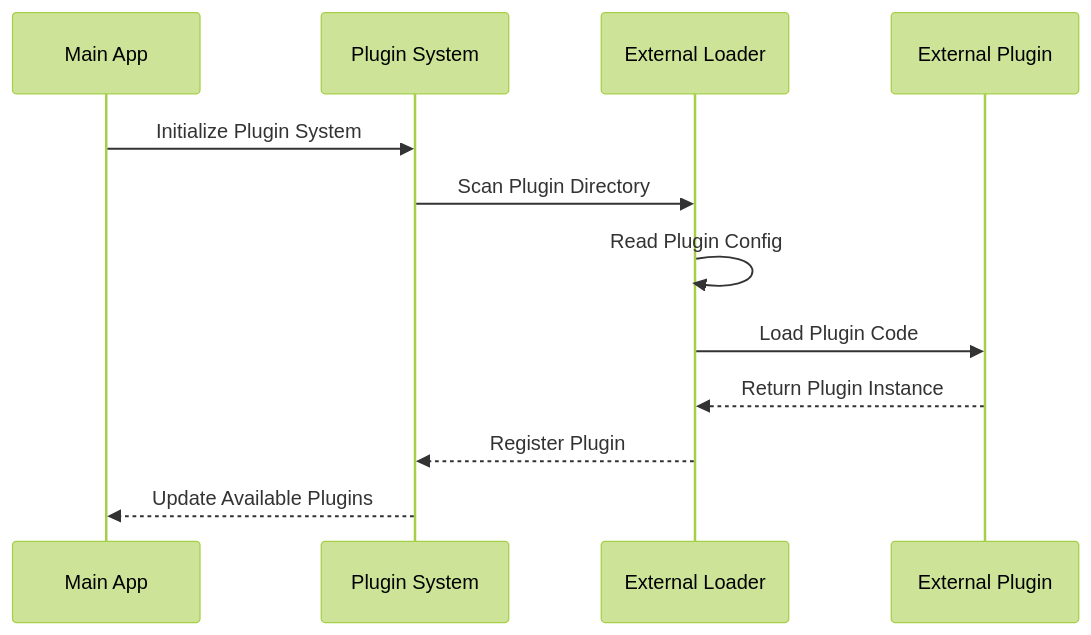
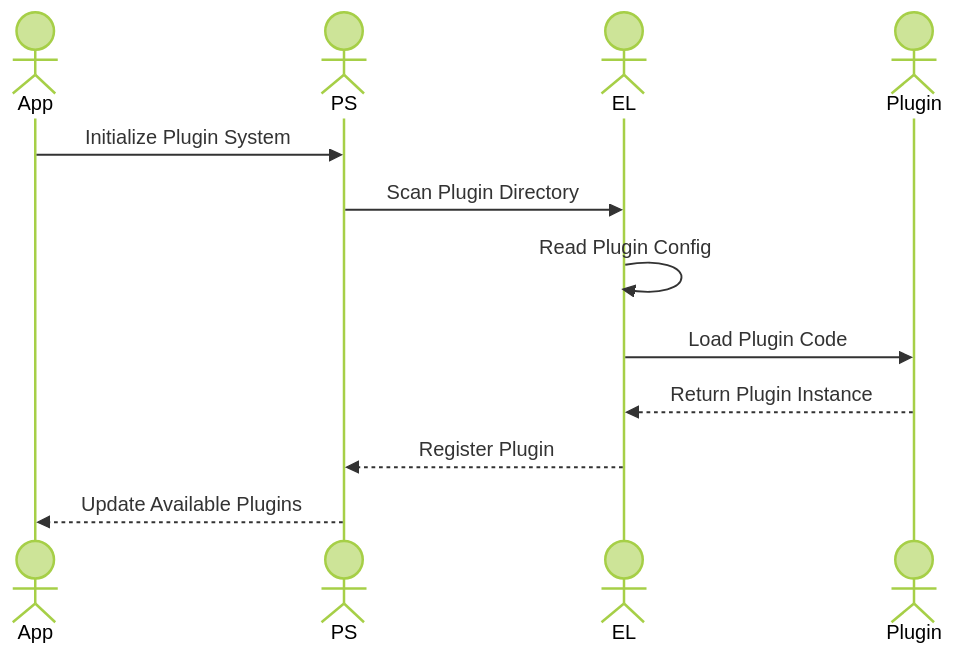
One commit to terwer/siyuan-plugin-publisher changed the seventh of 7 diagrams in DEVELOPMENT.md. Above: the diagram before and after it, drawn with Mermaid (forest theme). The commit also changed other lines of this file and 1 other file, not shown here.

First line of the commit message:
docs(DEVELOPMENT): update sequence diagrams to use actor instead of participant

````diff
--- a/DEVELOPMENT.md
+++ b/DEVELOPMENT.md
@@ -436,15 +436,15 @@
 ```mermaid
 sequenceDiagram
-    participant App as Main App
-    participant PS as Plugin System
-    participant EL as External Loader
-    participant Plugin as External Plugin
+    actor App
+    actor PS
+    actor EL
+    actor Plugin
 
     App->>PS: Initialize Plugin System
     PS->>EL: Scan Plugin Directory
     EL->>EL: Read Plugin Config
     EL->>Plugin: Load Plugin Code
     Plugin-->>EL: Return Plugin Instance
     EL-->>PS: Register Plugin
     PS-->>App: Update Available Plugins
 ``` 
````
